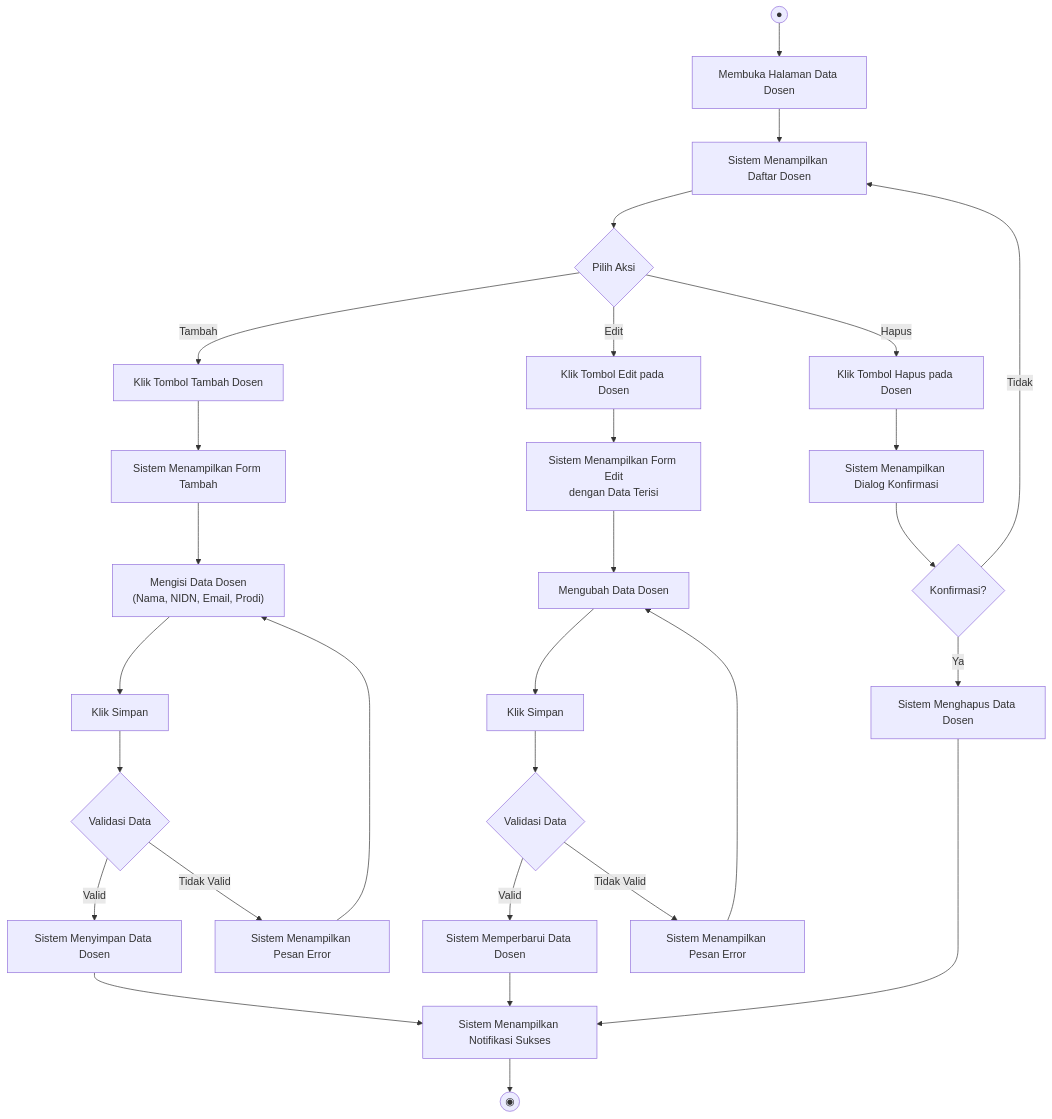
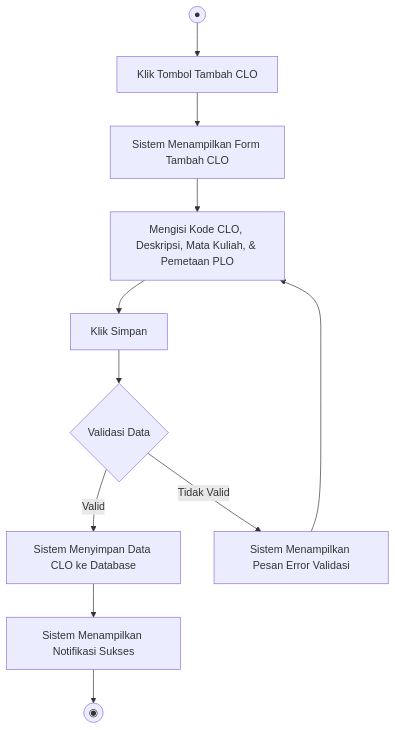
One commit to alexiusprst-tech/dashboard_verif changed the fourth of 32 diagrams in activity_diagrams.md. Above: the diagram before and after it, drawn with Mermaid. The commit also changed other lines of this file and 6 other files, not shown here.

Commit message:
ada beberapa perubahan : 1. penambahan PLO dan CLO.  2. Minor revisi di generate BA

````diff
--- a/activity_diagrams.md
+++ b/activity_diagrams.md
@@ -11,35 +108,13 @@
 ```mermaid
 flowchart TD
-    A(("●")) --> B["Membuka Halaman Data Dosen"]
-    B --> C["Sistem Menampilkan Daftar Dosen"]
-    C --> D{"Pilih Aksi"}
-
-    D -->|Tambah| E["Klik Tombol Tambah Dosen"]
-    E --> F["Sistem Menampilkan Form Tambah"]
-    F --> G["Mengisi Data Dosen\n(Nama, NIDN, Email, Prodi)"]
-    G --> H["Klik Simpan"]
-    H --> I{"Validasi Data"}
-    I -->|Valid| J["Sistem Menyimpan Data Dosen"]
-    J --> K["Sistem Menampilkan Notifikasi Sukses"]
-    I -->|Tidak Valid| L["Sistem Menampilkan Pesan Error"]
-    L --> G
-
-    D -->|Edit| M["Klik Tombol Edit pada Dosen"]
-    M --> N["Sistem Menampilkan Form Edit\ndengan Data Terisi"]
-    N --> O["Mengubah Data Dosen"]
-    O --> P["Klik Simpan"]
-    P --> Q{"Validasi Data"}
-    Q -->|Valid| R["Sistem Memperbarui Data Dosen"]
-    R --> K
-    Q -->|Tidak Valid| S["Sistem Menampilkan Pesan Error"]
-    S --> O
-
-    D -->|Hapus| T["Klik Tombol Hapus pada Dosen"]
-    T --> U["Sistem Menampilkan Dialog Konfirmasi"]
-    U --> V{"Konfirmasi?"}
-    V -->|Ya| W["Sistem Menghapus Data Dosen"]
-    W --> K
-    V -->|Tidak| C
-
-    K --> Z(("◉"))
+    Start(("●")) --> ClickAdd["Klik Tombol Tambah CLO"]
+    ClickAdd --> ShowForm["Sistem Menampilkan Form Tambah CLO"]
+    ShowForm --> InputData["Mengisi Kode CLO, Deskripsi, Mata Kuliah, & Pemetaan PLO"]
+    InputData --> ClickSave["Klik Simpan"]
+    ClickSave --> Validate{"Validasi Data"}
+    Validate -->|Valid| StoreData["Sistem Menyimpan Data CLO ke Database"]
+    StoreData --> ShowSuccess["Sistem Menampilkan Notifikasi Sukses"]
+    Validate -->|Tidak Valid| ShowError["Sistem Menampilkan Pesan Error Validasi"]
+    ShowError --> InputData
+    ShowSuccess --> End(("◉"))
 ```
````
